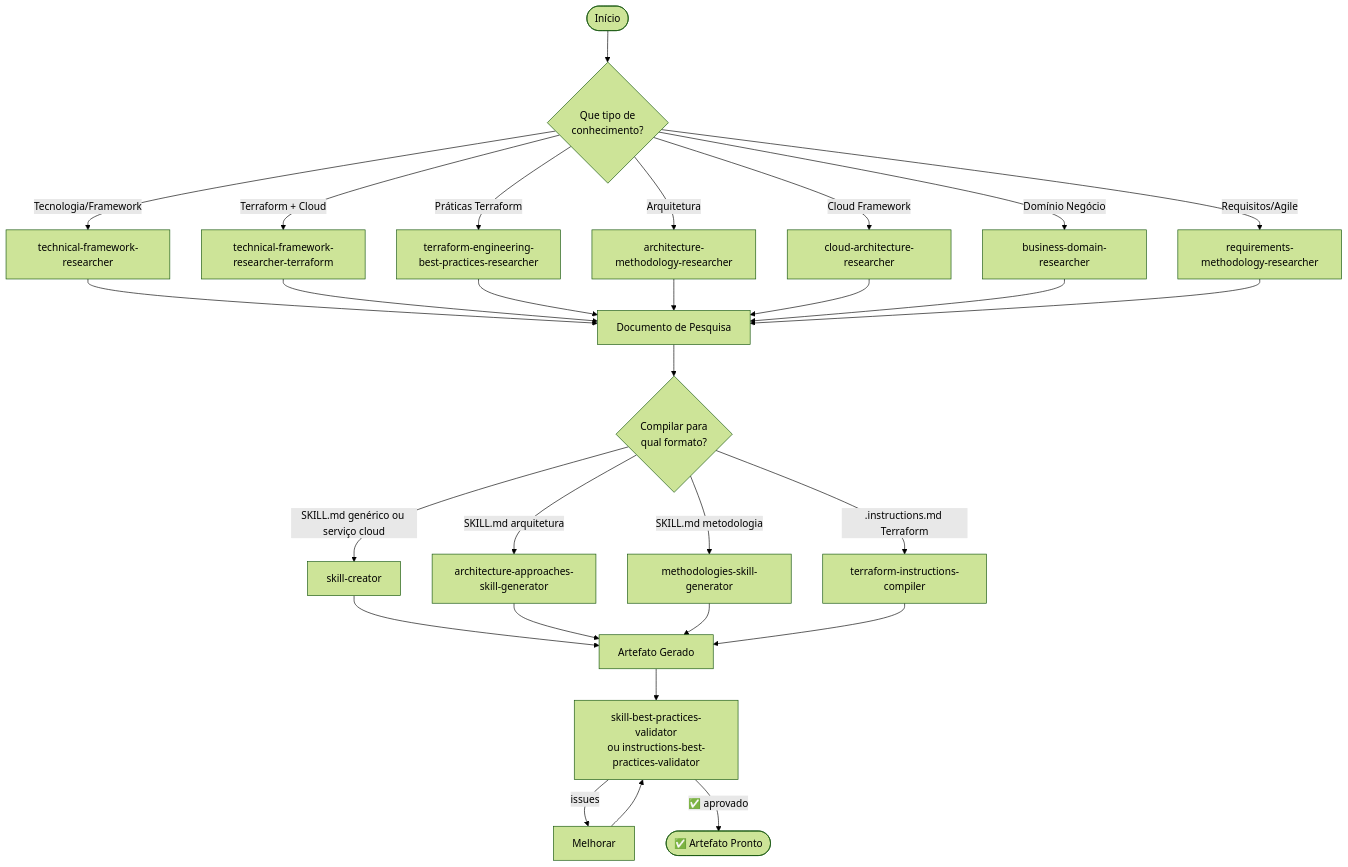
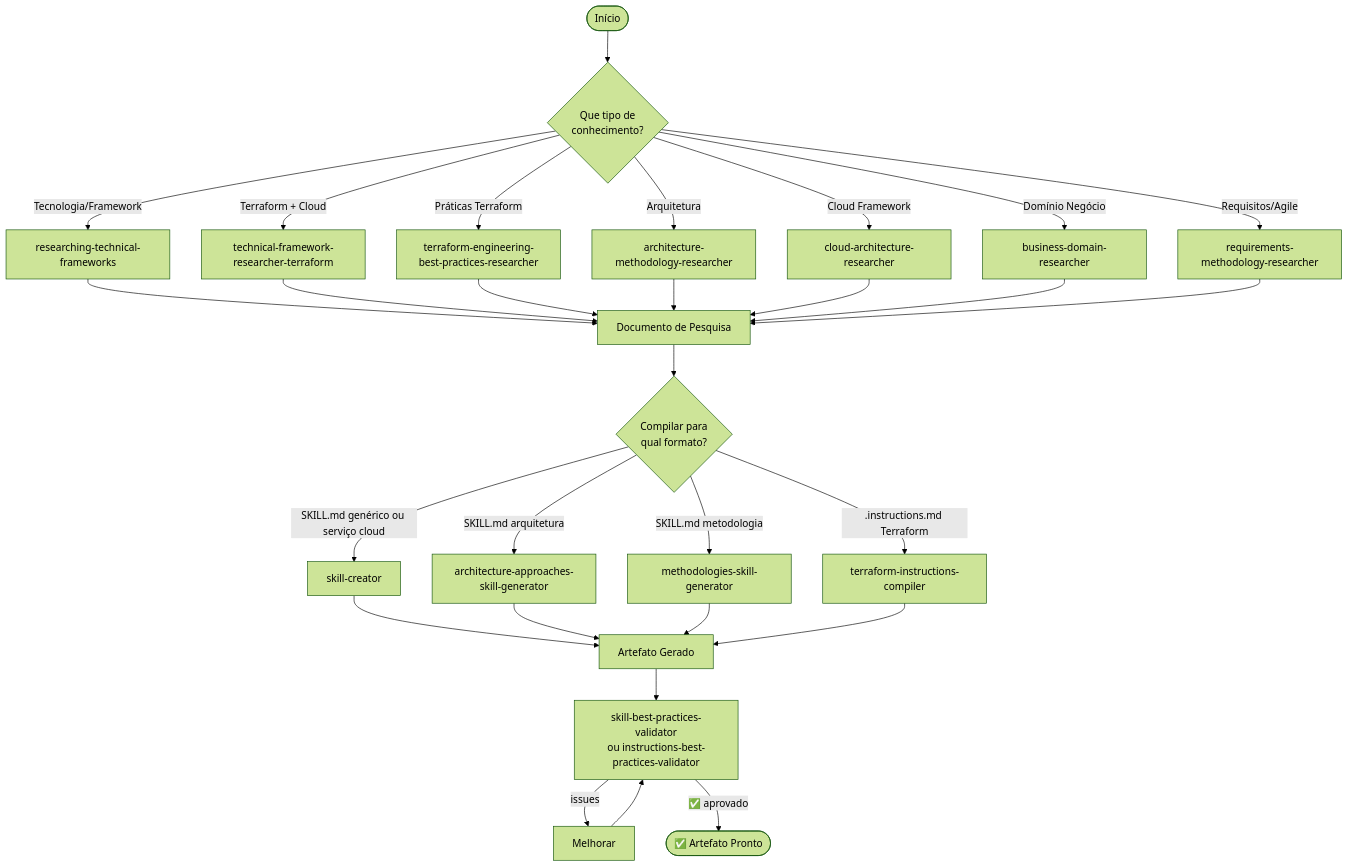
One commit to rodrigo-mendes/agents-factory changed the first of 2 diagrams in docs/fluxos/fluxo-base-conhecimento.md. Above: the diagram before and after it, drawn with Mermaid (forest theme). The commit also changed other lines of this file and 57 other files, not shown here.

````diff
--- a/docs/fluxos/fluxo-base-conhecimento.md
+++ b/docs/fluxos/fluxo-base-conhecimento.md
@@ -9,39 +9,39 @@
 ```mermaid
 flowchart TD
     START([Início]) --> CHOOSE{Que tipo de<br/>conhecimento?}
     
-    CHOOSE -->|Tecnologia/Framework| R1[technical-framework-researcher]
+    CHOOSE -->|Tecnologia/Framework| R1[researching-technical-frameworks]
     CHOOSE -->|Terraform + Cloud| R2[technical-framework-researcher-terraform]
     CHOOSE -->|Práticas Terraform| R3[terraform-engineering-best-practices-researcher]
     CHOOSE -->|Arquitetura| R4[architecture-methodology-researcher]
     CHOOSE -->|Cloud Framework| R5[cloud-architecture-researcher]
     CHOOSE -->|Domínio Negócio| R6[business-domain-researcher]
     CHOOSE -->|Requisitos/Agile| R7[requirements-methodology-researcher]
     
     R1 --> DOC[Documento de Pesquisa]
     R2 --> DOC
     R3 --> DOC
     R4 --> DOC
     R5 --> DOC
     R6 --> DOC
     R7 --> DOC
     
     DOC --> COMPILE{Compilar para<br/>qual formato?}
     
     COMPILE -->|SKILL.md genérico ou serviço cloud| C1[skill-creator]
     COMPILE -->|SKILL.md arquitetura| C2[architecture-approaches-skill-generator]
     COMPILE -->|SKILL.md metodologia| C3[methodologies-skill-generator]
     COMPILE -->|.instructions.md Terraform| C4[terraform-instructions-compiler]
     
     C1 --> ART[Artefato Gerado]
     C2 --> ART
     C3 --> ART
     C4 --> ART
     
     ART --> VALID[skill-best-practices-validator<br/>ou instructions-best-practices-validator]
     
     VALID -->|issues| IMPROVE[Melhorar]
     IMPROVE --> VALID
     
     VALID -->|✅ aprovado| DONE([✅ Artefato Pronto])
 ```
````
